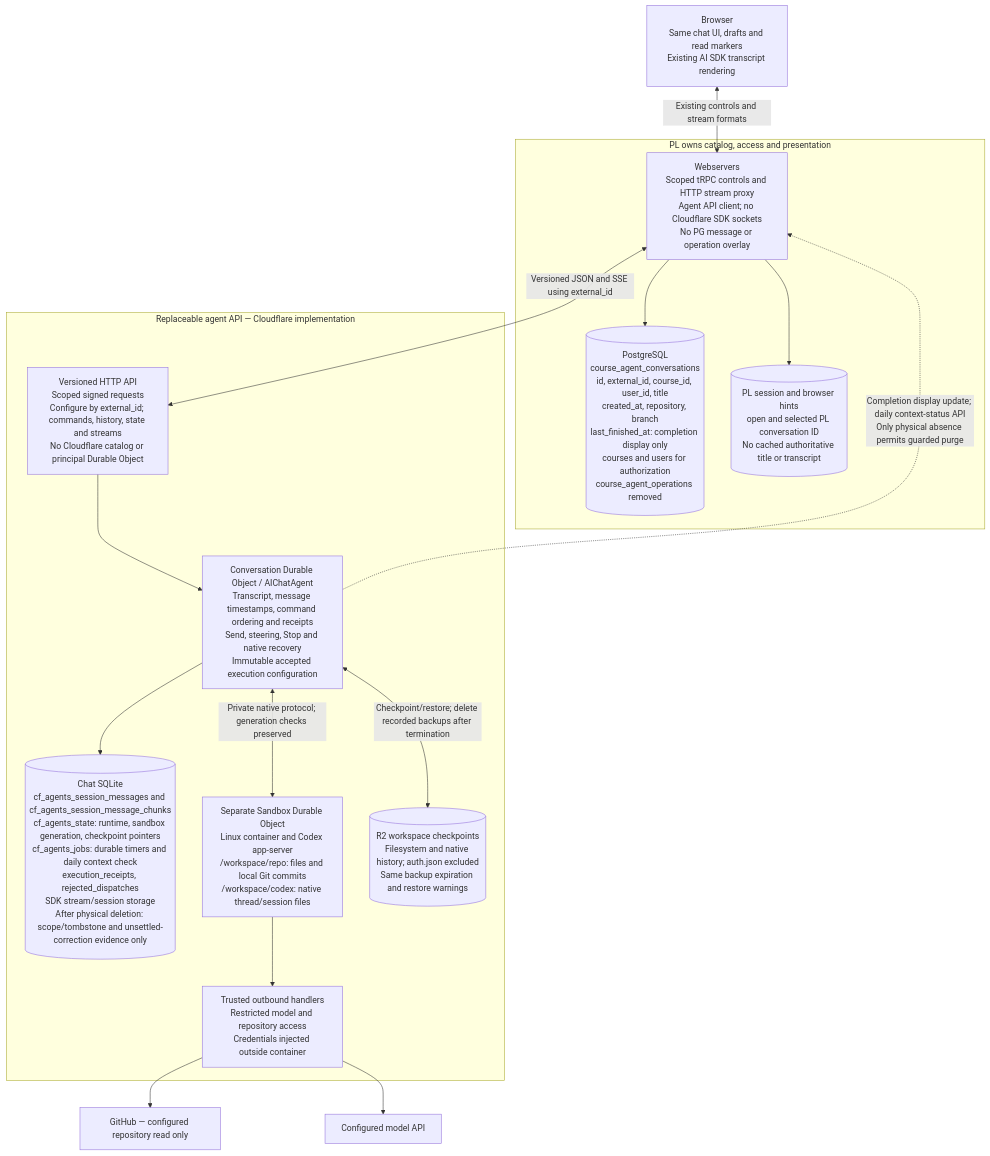
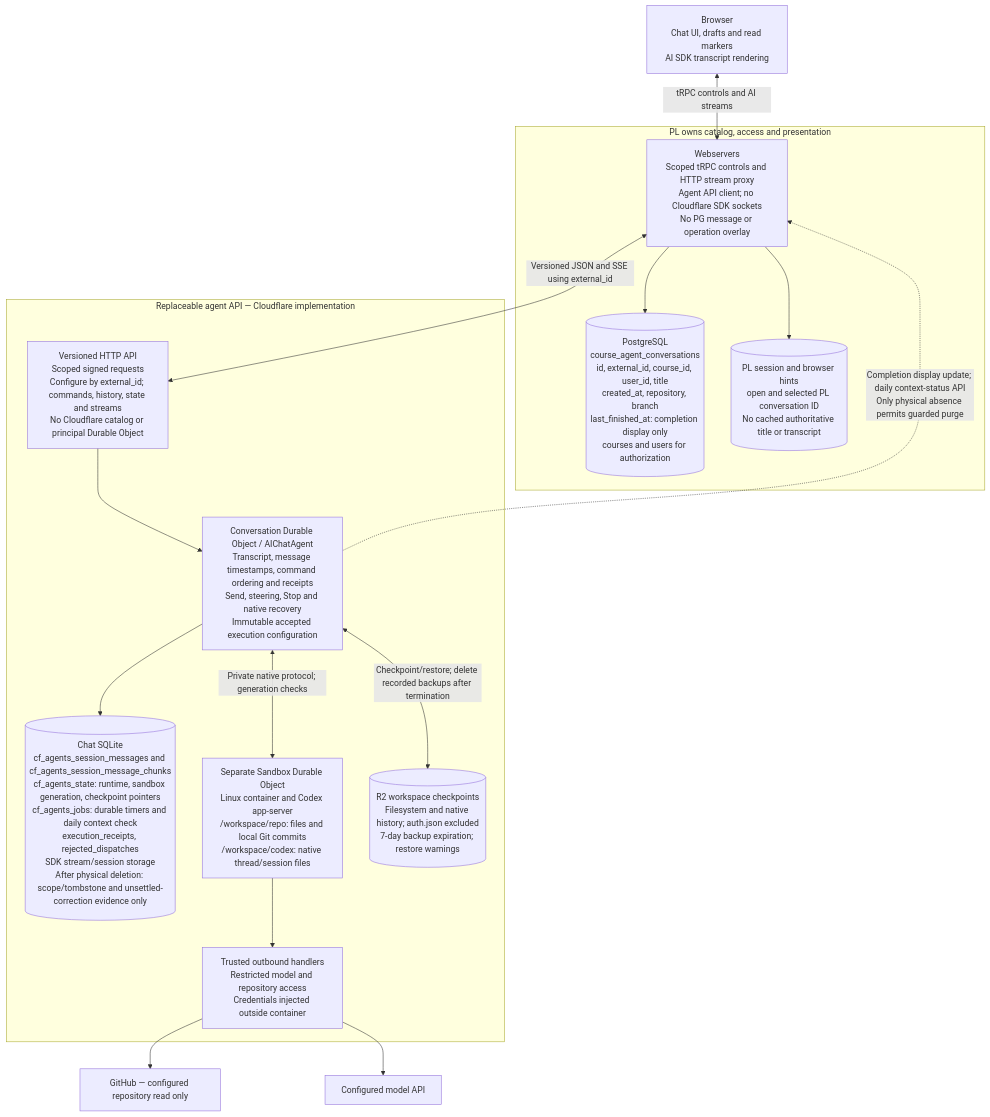
One commit to PrairieLearn/PrairieLearn changed the first of 2 diagrams in apps/course-agent/README.md. Above: the diagram before and after it, drawn with Mermaid. The commit also changed other lines of this file and 4 other files, not shown here.

Commit message:
refactor: document current agent architecture and remove compatibility fallbacks

````diff
--- a/apps/course-agent/README.md
+++ b/apps/course-agent/README.md
@@ -58,31 +11,31 @@
 ```mermaid
 flowchart TB
-  B["Browser<br/>Same chat UI, drafts and read markers<br/>Existing AI SDK transcript rendering"]
+  B["Browser<br/>Chat UI, drafts and read markers<br/>AI SDK transcript rendering"]
   subgraph PL2["PL owns catalog, access and presentation"]
     W["Webservers<br/>Scoped tRPC controls and HTTP stream proxy<br/>Agent API client; no Cloudflare SDK sockets<br/>No PG message or operation overlay"]
-    PG[("PostgreSQL<br/>course_agent_conversations<br/>id, external_id, course_id, user_id, title<br/>created_at, repository, branch<br/>last_finished_at: completion display only<br/>courses and users for authorization<br/>course_agent_operations removed")]
+    PG[("PostgreSQL<br/>course_agent_conversations<br/>id, external_id, course_id, user_id, title<br/>created_at, repository, branch<br/>last_finished_at: completion display only<br/>courses and users for authorization")]
     Session[("PL session and browser hints<br/>open and selected PL conversation ID<br/>No cached authoritative title or transcript")]
   end
   subgraph CF2["Replaceable agent API — Cloudflare implementation"]
     API["Versioned HTTP API<br/>Scoped signed requests<br/>Configure by external_id; commands, history, state and streams<br/>No Cloudflare catalog or principal Durable Object"]
     Chat["Conversation Durable Object / AIChatAgent<br/>Transcript, message timestamps, command ordering and receipts<br/>Send, steering, Stop and native recovery<br/>Immutable accepted execution configuration"]
     DB[("Chat SQLite<br/>cf_agents_session_messages and cf_agents_session_message_chunks<br/>cf_agents_state: runtime, sandbox generation, checkpoint pointers<br/>cf_agents_jobs: durable timers and daily context check<br/>execution_receipts, rejected_dispatches<br/>SDK stream/session storage<br/>After physical deletion: scope/tombstone and unsettled-correction evidence only")]
     Box["Separate Sandbox Durable Object<br/>Linux container and Codex app-server<br/>/workspace/repo: files and local Git commits<br/>/workspace/codex: native thread/session files"]
     Out["Trusted outbound handlers<br/>Restricted model and repository access<br/>Credentials injected outside container"]
-    R2[("R2 workspace checkpoints<br/>Filesystem and native history; auth.json excluded<br/>Same backup expiration and restore warnings")]
+    R2[("R2 workspace checkpoints<br/>Filesystem and native history; auth.json excluded<br/>7-day backup expiration; restore warnings")]
   end
   Git["GitHub — configured repository read only"]
   Model["Configured model API"]
-  B <-->|"Existing controls and stream formats"| W
+  B <-->|"tRPC controls and AI streams"| W
   W --> PG
   W --> Session
   W <-->|"Versioned JSON and SSE using external_id"| API
   API --> Chat
   Chat -.->|"Completion display update; daily context-status API<br/>Only physical absence permits guarded purge"| W
   Chat --> DB
-  Chat <-->|"Private native protocol; generation checks preserved"| Box
+  Chat <-->|"Private native protocol; generation checks"| Box
   Chat <-->|"Checkpoint/restore; delete recorded backups after termination"| R2
   Box --> Out
   Out --> Git
   Out --> Model
 ```
````
